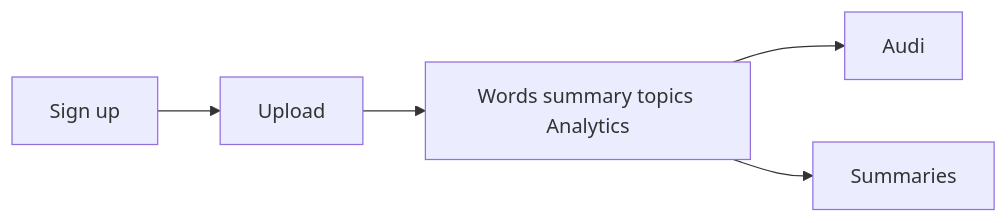
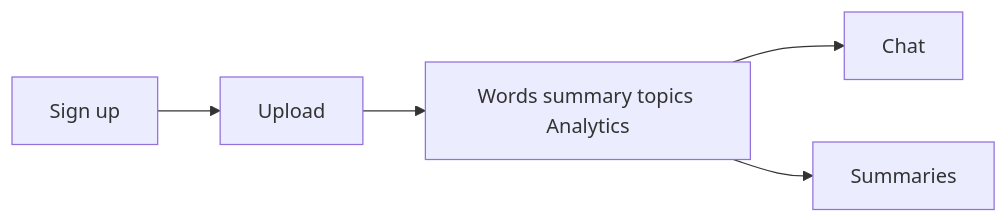
One commit to highprincezero/wn-voice-analytics changed the first of 4 diagrams in README.md. Above: the diagram before and after it, drawn with Mermaid. The commit also changed other lines of this file and 18 other files, not shown here.

````diff
--- a/README.md
+++ b/README.md
@@ -3,7 +3,7 @@
 ```mermaid
 flowchart LR
   signup[Sign up] --> upload[Upload]
   upload --> result[Words summary topics Analytics]
-  result --> audi[Audi]
+  result --> chat[Chat]
   result --> summaries[Summaries]
 ```
````
